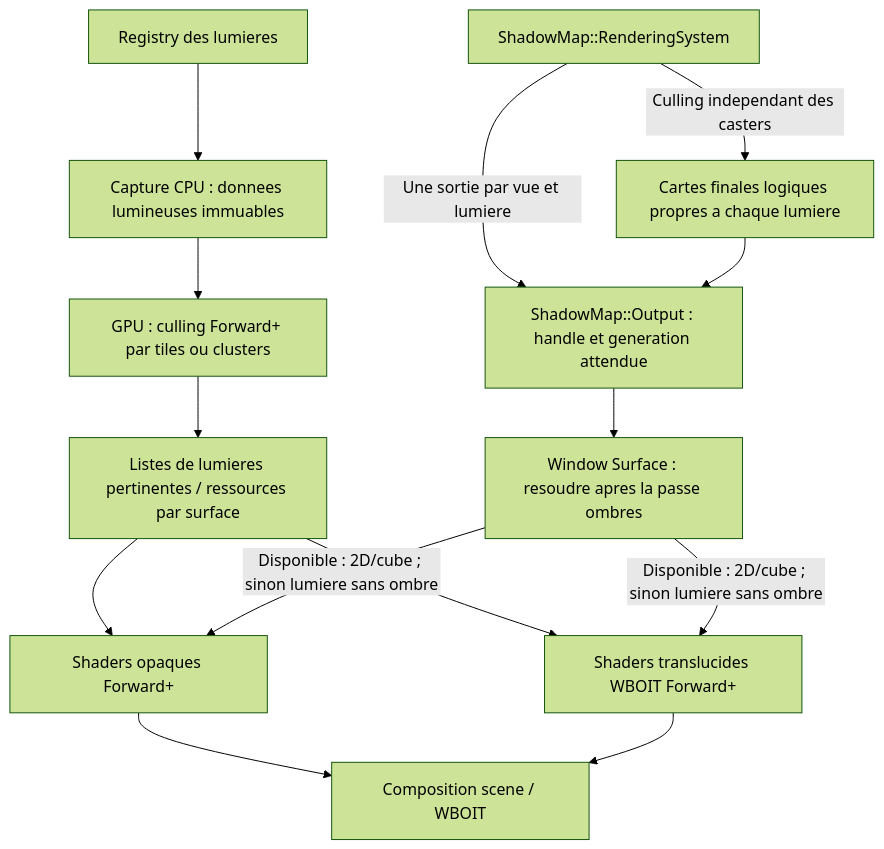
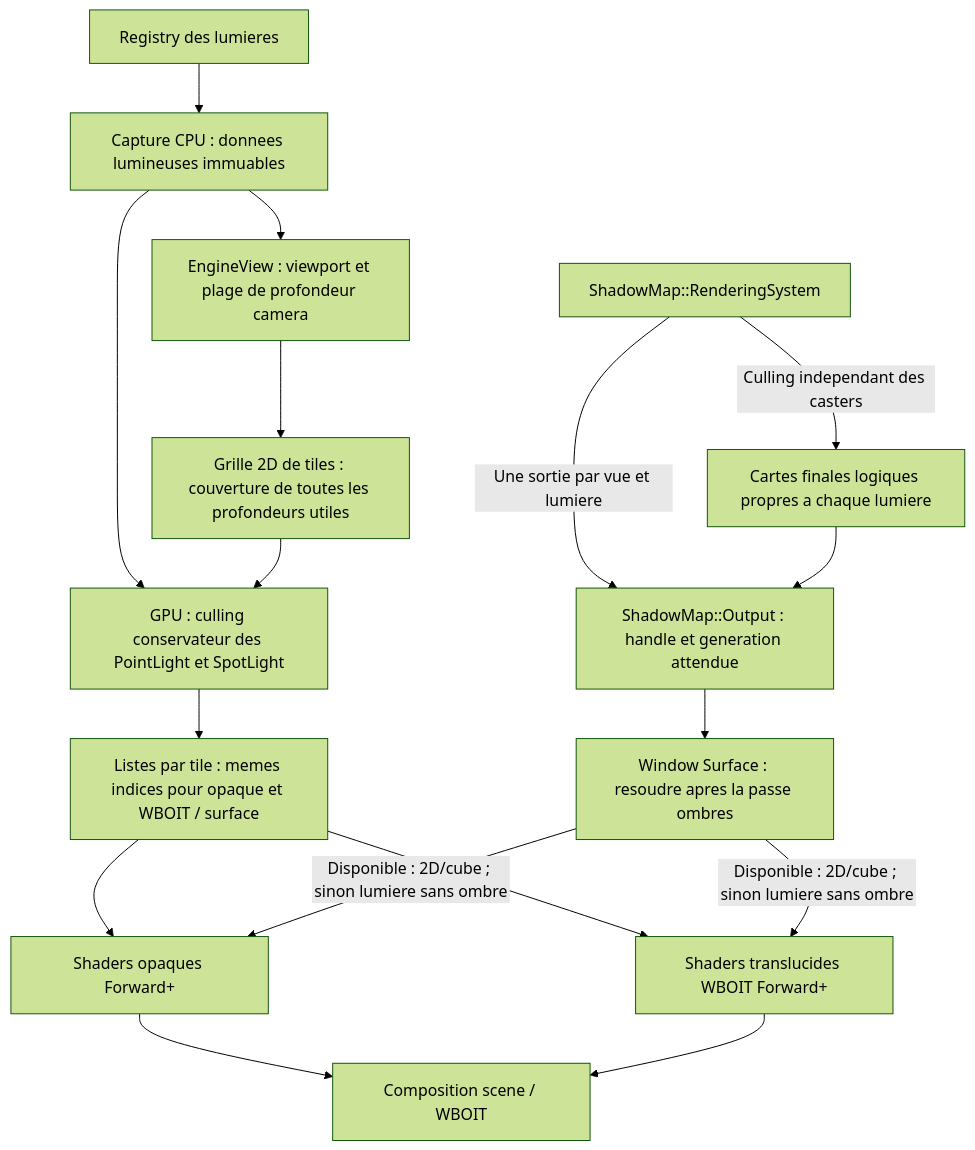
Diagram 23 of 24 in docs/voxel-engine-v0.1.4-specification.md (EreliaStudio/Sparkle), drawn with Mermaid (forest theme) before and after one commit. The commit also changed other lines of this file, not shown here.

Commit message:
docs(v0.1.4): approve A4 Tiled Forward+ and conservative full-depth transparency culling

````diff
--- a/docs/voxel-engine-v0.1.4-specification.md
+++ b/docs/voxel-engine-v0.1.4-specification.md
@@ -1606,16 +1606,19 @@
 ```mermaid
 flowchart TD
   Registry["Registry des lumieres"] --> Capture["Capture CPU : donnees lumineuses immuables"]
-  Capture --> GPU["GPU : culling Forward+ par tiles ou clusters"]
-  GPU --> Lists["Listes de lumieres pertinentes / ressources par surface"]
+  Capture --> Screen["EngineView : viewport et plage de profondeur camera"]
+  Screen --> Tiles["Grille 2D de tiles : couverture de toutes les profondeurs utiles"]
+  Capture --> GPU["GPU : culling conservateur des PointLight et SpotLight"]
+  Tiles --> GPU
+  GPU --> Lists["Listes par tile : memes indices pour opaque et WBOIT / surface"]
   Lists --> Opaque["Shaders opaques Forward+"]
   Lists --> WBOIT["Shaders translucides WBOIT Forward+"]
   Shadow["ShadowMap::RenderingSystem"] -->|"Culling independant des casters"| Maps["Cartes finales logiques propres a chaque lumiere"]
   Shadow -->|"Une sortie par vue et lumiere"| Output["ShadowMap::Output : handle et generation attendue"]
   Maps --> Output
   Output --> Surface["Window Surface : resoudre apres la passe ombres"]
   Surface -->|"Disponible : 2D/cube ; sinon lumiere sans ombre"| Opaque
   Surface -->|"Disponible : 2D/cube ; sinon lumiere sans ombre"| WBOIT
   Opaque --> Compose["Composition scene / WBOIT"]
   WBOIT --> Compose
 ```
````
